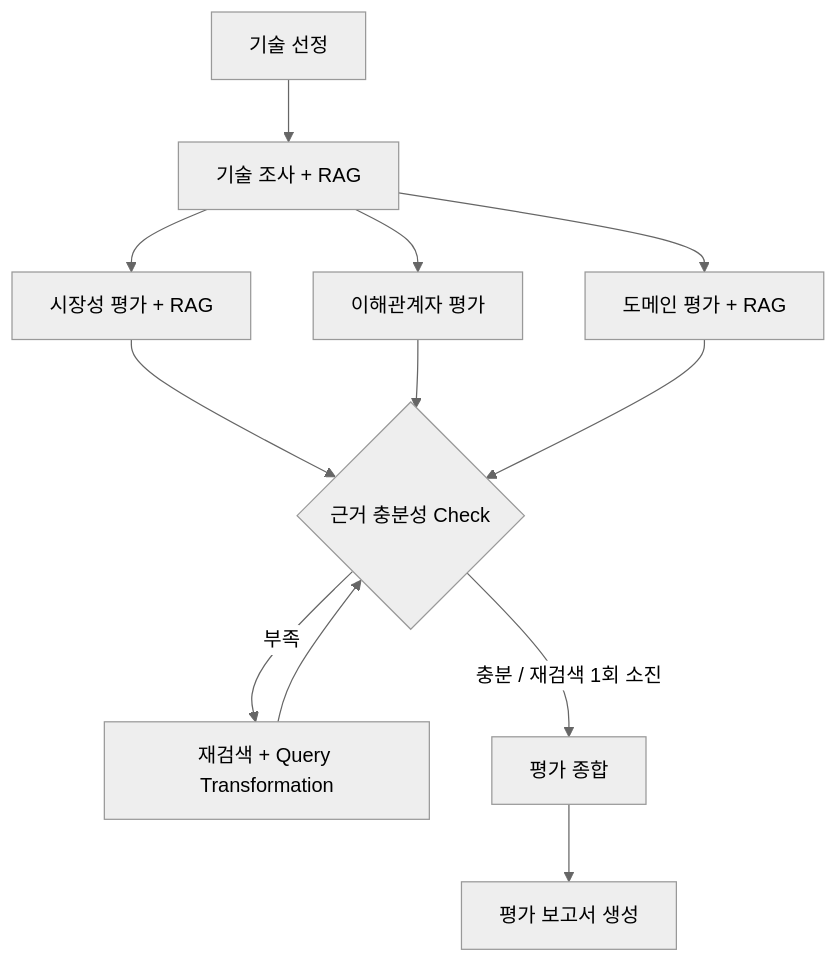
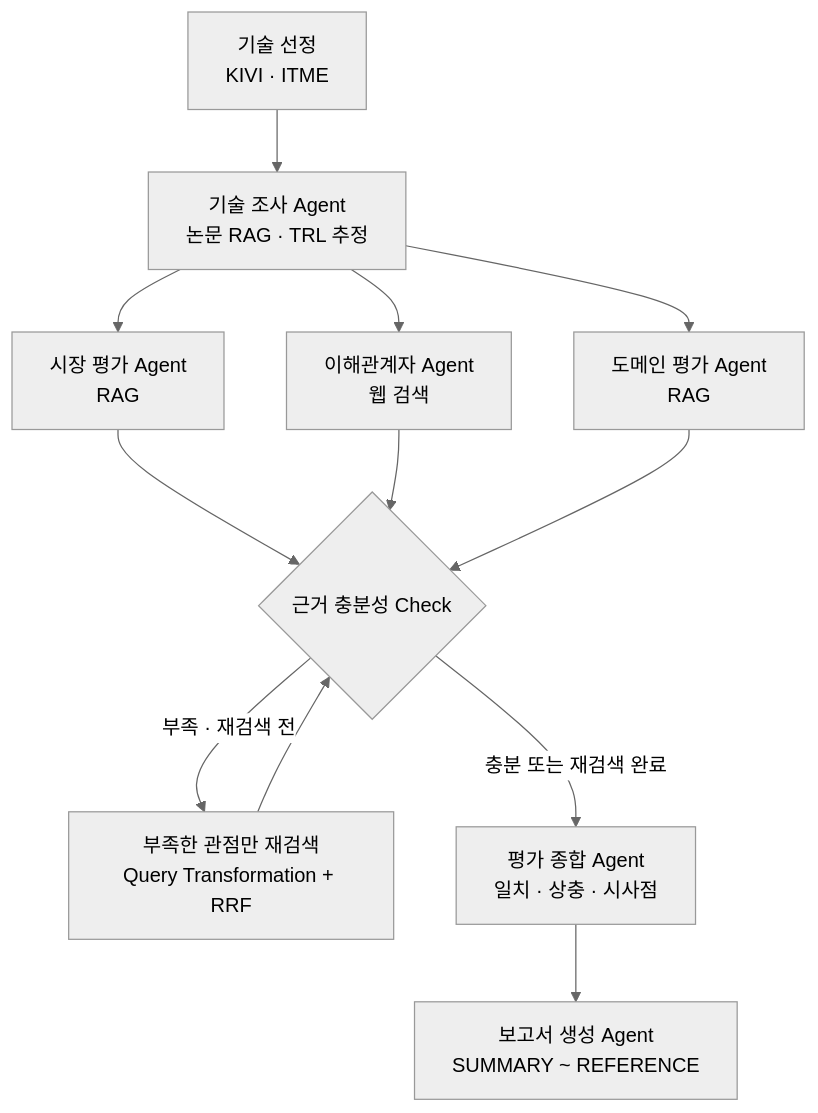
Before and after one commit to zser99/SKALA_MultiAgent: the diagram in README.md, drawn with Mermaid (neutral theme). The commit also changed other lines of this file, not shown here.

````diff
--- a/README.md
+++ b/README.md
@@ -96,14 +48,14 @@
 ```mermaid
-graph TD
-    A[기술 선정] --> B[기술 조사 + RAG]
-    B --> C[시장성 평가 + RAG]
-    B --> D[이해관계자 평가]
-    B --> E[도메인 평가 + RAG]
+flowchart TD
+    A[기술 선정<br/>KIVI · ITME] --> B[기술 조사 Agent<br/>논문 RAG · TRL 추정]
+    B --> C[시장 평가 Agent<br/>RAG]
+    B --> D[이해관계자 Agent<br/>웹 검색]
+    B --> E[도메인 평가 Agent<br/>RAG]
     C --> F{근거 충분성 Check}
     D --> F
     E --> F
-    F -- 부족 --> H[재검색 + Query Transformation]
+    F -- 부족 · 재검색 전 --> H[부족한 관점만 재검색<br/>Query Transformation + RRF]
     H --> F
-    F -- 충분 / 재검색 1회 소진 --> G[평가 종합]
-    G --> I[평가 보고서 생성]
+    F -- 충분 또는 재검색 완료 --> G[평가 종합 Agent<br/>일치 · 상충 · 시사점]
+    G --> I[보고서 생성 Agent<br/>SUMMARY ~ REFERENCE]
 ```
````
